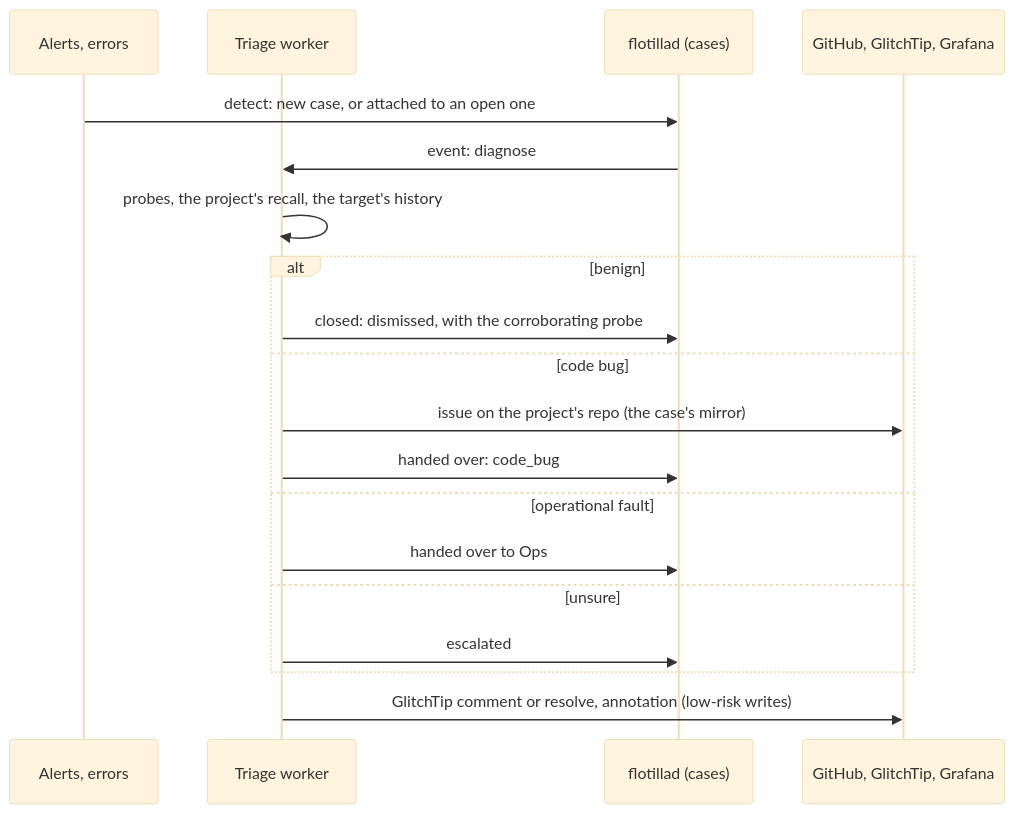
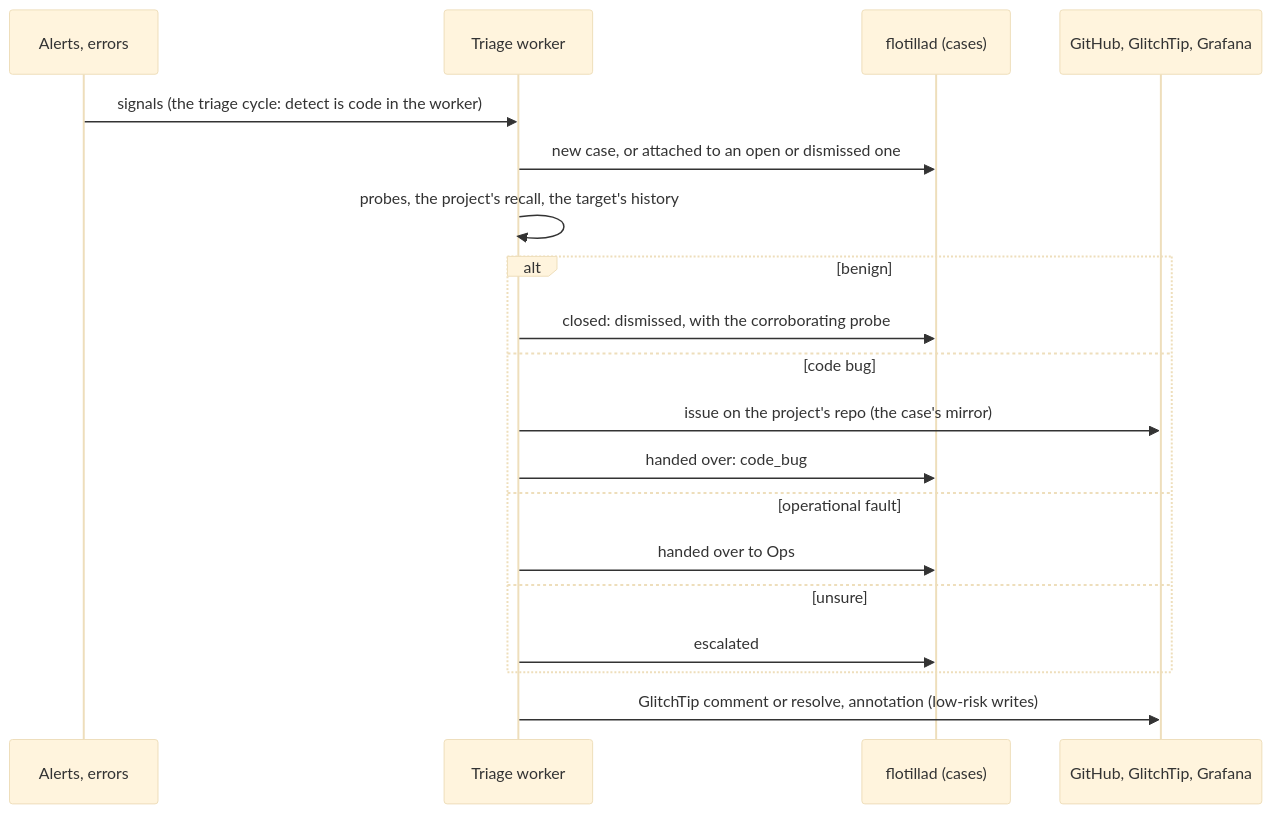
Before and after one commit to chipi/flotilla: the fifth of 7 diagrams in docs/rfc/RFC-0004-agent-pipeline.md, drawn with Mermaid (base theme). The commit also changed other lines of this file, not shown here.

````diff
--- a/docs/rfc/RFC-0004-agent-pipeline.md
+++ b/docs/rfc/RFC-0004-agent-pipeline.md
@@ -378,21 +408,21 @@
 ```mermaid
 sequenceDiagram
     participant S as Alerts, errors
     participant T as Triage worker
     participant F as flotillad (cases)
     participant G as GitHub, GlitchTip, Grafana
-    S->>F: detect: new case, or attached to an open one
-    F->>T: event: diagnose
+    S->>T: signals (the triage cycle: detect is code in the worker)
+    T->>F: new case, or attached to an open or dismissed one
     T->>T: probes, the project's recall, the target's history
     alt benign
         T->>F: closed: dismissed, with the corroborating probe
     else code bug
         T->>G: issue on the project's repo (the case's mirror)
         T->>F: handed over: code_bug
     else operational fault
         T->>F: handed over to Ops
     else unsure
         T->>F: escalated
     end
     T->>G: GlitchTip comment or resolve, annotation (low-risk writes)
 ```
````
